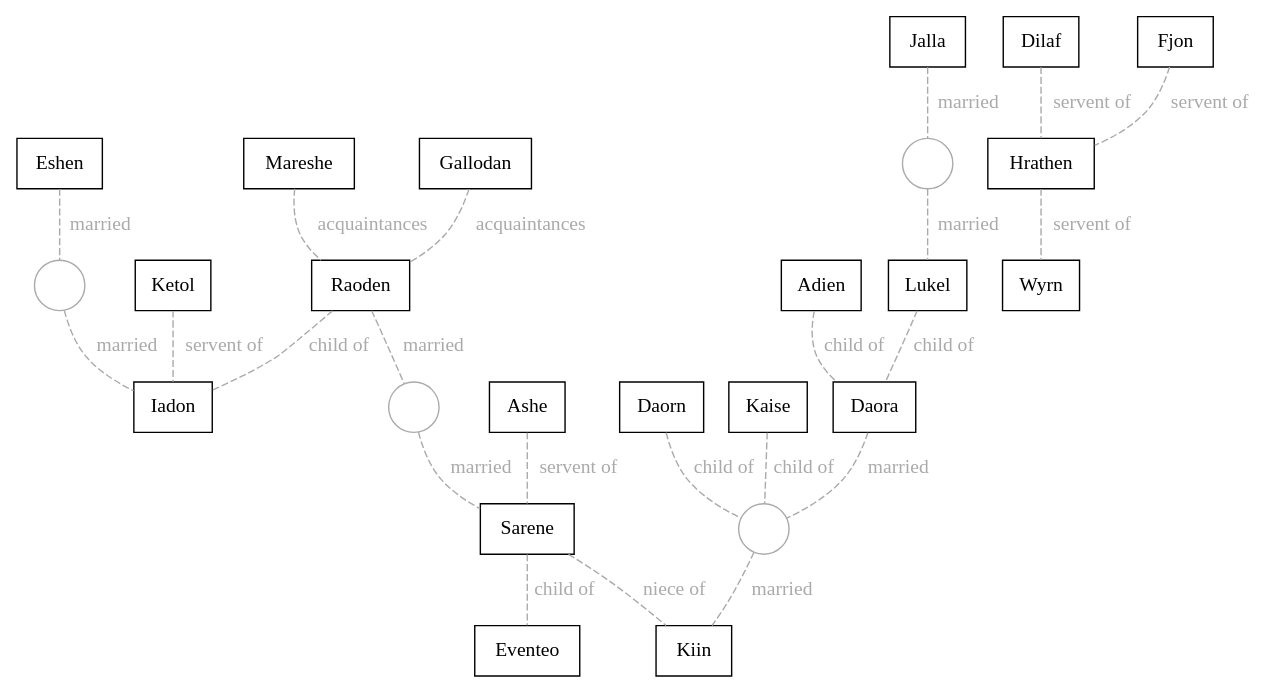
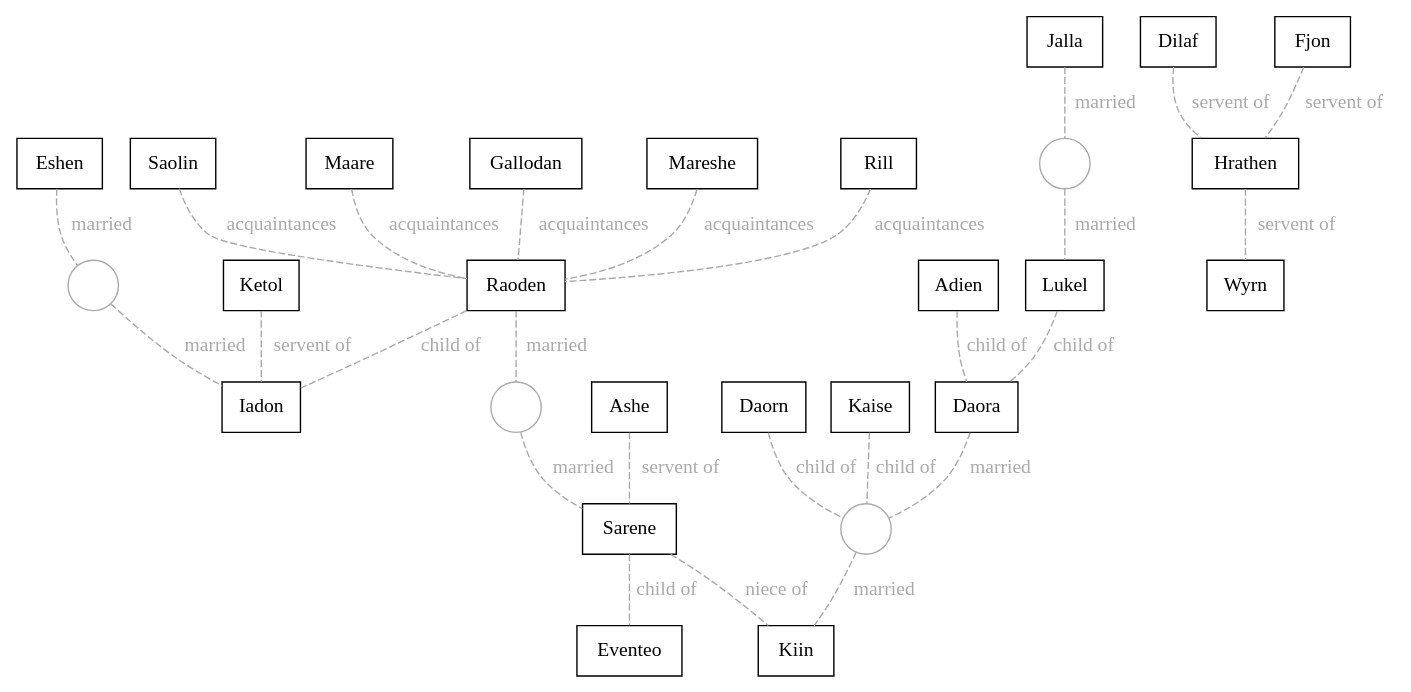
One commit to christopherball/christopherball.github.io changed the diagram in tech/networkVisualizer/dot/elantris.dot. Above: the diagram before and after it, drawn with Graphviz.

```diff
--- a/tech/networkVisualizer/dot/elantris.dot
+++ b/tech/networkVisualizer/dot/elantris.dot
@@ -1,89 +1,95 @@
 digraph {
   // Global properties
   edge [dir=none, color="#AAAAAA", arrowhead="none"]
   compound=true
 
   // Characters
   subgraph Males {
     node [color="black", fillcolor="lightblue", shape="box"]
     Adien
     Ashe
     Daorn
     Dilaf
     Eventeo
     Fjon
     Gallodan
     Hrathen
     Iadon
     Ketol
     Kiin
     Lukel
     Mareshe
     Raoden
+    Rill
+    Saolin
     Wyrn
   }
   subgraph Females {
     node [color="black", fillcolor="pink", shape="box"]
     Daora
     Eshen
     Jalla
     Kaise
+    Maare
     Sarene
   }
 
   // Married
   edge [label="married", dir=none, color="#AAAAAA", arrowhead="none", style="dashed", fontcolor="#AAAAAA"]
   node [color="#AAAAAA", fillcolor="transparent" shape="circle" label=""]
   Eshen -> mar_Eshen_Iadon -> Iadon
   Raoden -> mar_Raoden_Sarene -> Sarene
   Daora -> mar_Daora_Kiin -> Kiin
   Jalla -> mar_Jalla_Lukel -> Lukel
 
   // Lovers
   edge [label="lovers", dir=none, color="#AAAAAA", arrowhead="none", style="dashed", fontcolor="#AAAAAA"]
   node [color="#AAAAAA", fillcolor="transparent" shape="circle" label=""]
 
   // Cousins
   edge [label="cousins", dir=none, color="#AAAAAA", arrowhead="none", fontcolor="#AAAAAA"]
 
   // Friends
   edge [label="friends", dir=none, color="#AAAAAA", arrowhead="none", fontcolor="#AAAAAA"]
 
   // Frenemies
   edge [label="frenemies", dir=none, color="#AAAAAA", arrowhead="none", fontcolor="#AAAAAA"]
 
   // Acquaintances
   edge [label="acquaintances", dir=none, color="#AAAAAA", arrowhead="none", fontcolor="#AAAAAA"]
   Gallodan -> Raoden
   Mareshe -> Raoden
+  Rill -> Raoden
+  Saolin -> Raoden
+  Maare -> Raoden
 
   // Child Of
   edge [label="child of", dir=forward, color="#AAAAAA", arrowhead="none", fontcolor="#AAAAAA"]
   Sarene -> Eventeo
   Raoden -> Iadon
   Kaise -> mar_Daora_Kiin
   Daorn -> mar_Daora_Kiin
   Lukel -> Daora
   Adien -> Daora
 
   // Foster Child Of
   edge [label="foster child of", dir=forward, color="#AAAAAA", arrowhead="none", fontcolor="#AAAAAA"]
 
   // Lieutenant Of
   edge [label="lieutenant of", dir=forward, color="#AAAAAA", arrowhead="none", fontcolor="#AAAAAA"]
 
   // Servent Of
   edge [label="servent of", dir=forward, color="#AAAAAA", arrowhead="none", fontcolor="#AAAAAA"]
   Ketol -> Iadon
   Ashe -> Sarene
   Dilaf -> Hrathen
   Fjon -> Hrathen
   Hrathen -> Wyrn
 
   // Nephew Of
   edge [label="nephew of", dir=forward, color="#AAAAAA", arrowhead="none", fontcolor="#AAAAAA"]
 
   // Niece Of
   edge [label="niece of", dir=forward, color="#AAAAAA", arrowhead="none", fontcolor="#AAAAAA"]
   Sarene -> Kiin
 }
```
